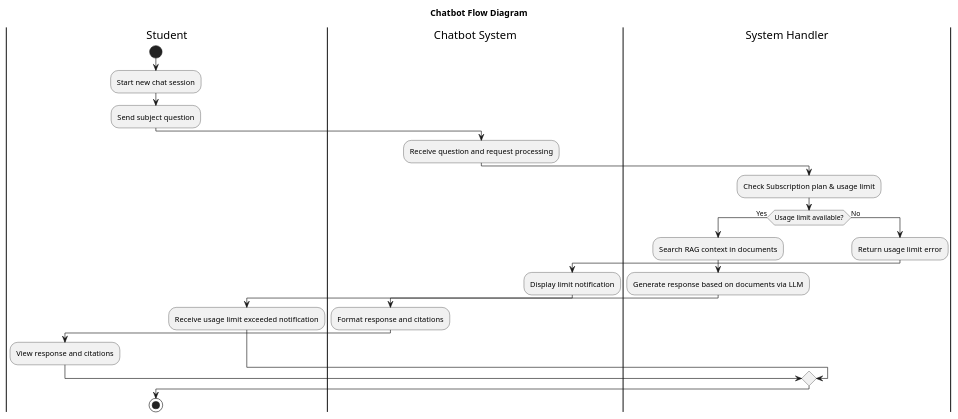
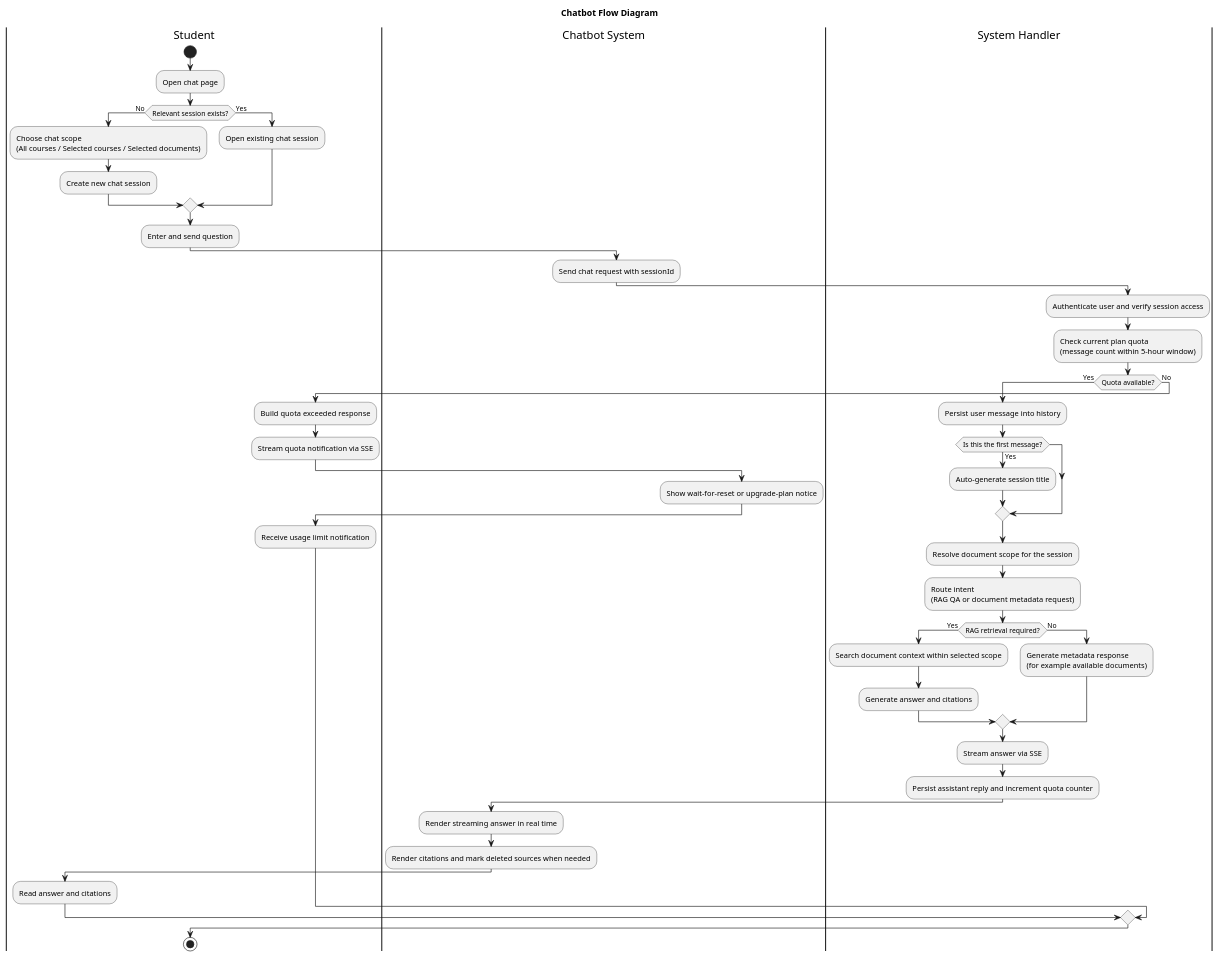
The diagram in docs/srs/flow-chatbot.en.puml (lgdlong/chatbot-rag-fptu), drawn with PlantUML before and after one commit. The commit also changed 19 other files, not shown here.

```diff
--- a/docs/srs/flow-chatbot.en.puml
+++ b/docs/srs/flow-chatbot.en.puml
@@ -1,31 +1,51 @@
 @startuml
 title Chatbot Flow Diagram
 
 |Student|
 start
-:Start new chat session;
-:Send subject question;
+:Open chat page;
+if (Relevant session exists?) then (No)
+  :Choose chat scope\n(All courses / Selected courses / Selected documents);
+  :Create new chat session;
+else (Yes)
+  :Open existing chat session;
+endif
+:Enter and send question;
 
 |Chatbot System|
-:Receive question and request processing;
+:Send chat request with sessionId;
 
 |System Handler|
-:Check Subscription plan & usage limit;
-if (Usage limit available?) then (Yes)
-  :Search RAG context in documents;
-  :Generate response based on documents via LLM;
+:Authenticate user and verify session access;
+:Check current plan quota\n(message count within 5-hour window);
+if (Quota available?) then (Yes)
+  :Persist user message into history;
+  if (Is this the first message?) then (Yes)
+    :Auto-generate session title;
+  endif
+  :Resolve document scope for the session;
+  :Route intent\n(RAG QA or document metadata request);
+  if (RAG retrieval required?) then (Yes)
+    :Search document context within selected scope;
+    :Generate answer and citations;
+  else (No)
+    :Generate metadata response\n(for example available documents);
+  endif
+  :Stream answer via SSE;
+  :Persist assistant reply and increment quota counter;
   |Chatbot System|
-  :Format response and citations;
+  :Render streaming answer in real time;
+  :Render citations and mark deleted sources when needed;
   |Student|
-  :View response and citations;
+  :Read answer and citations;
 else (No)
-  |System Handler|
-  :Return usage limit error;
+  :Build quota exceeded response;
+  :Stream quota notification via SSE;
   |Chatbot System|
-  :Display limit notification;
+  :Show wait-for-reset or upgrade-plan notice;
   |Student|
-  :Receive usage limit exceeded notification;
+  :Receive usage limit notification;
 endif
 
 stop
 @enduml
```
